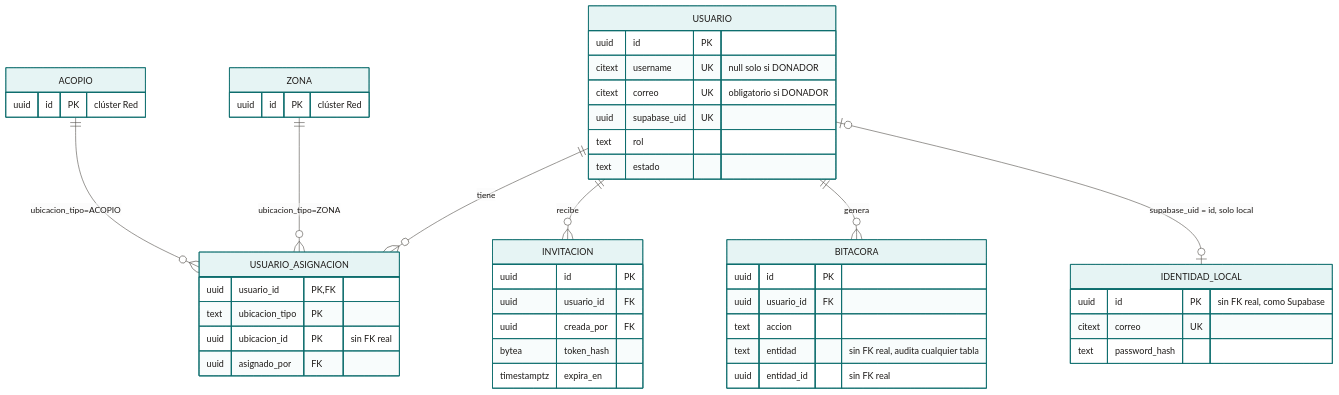
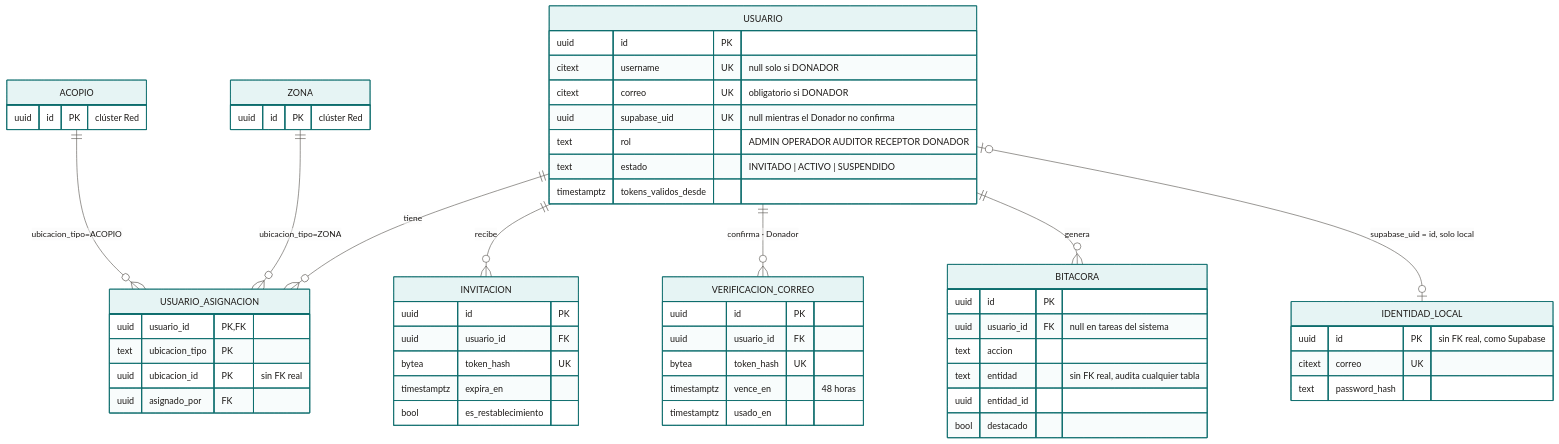
Before and after one commit to Proyecto-IngSoftware/acopio: the diagram in docs/02-arquitectura/diagramas/mmd/er-07-identidad.mmd, drawn with Mermaid. The commit also changed 62 other files, not shown here.

```diff
--- a/docs/02-arquitectura/diagramas/mmd/er-07-identidad.mmd
+++ b/docs/02-arquitectura/diagramas/mmd/er-07-identidad.mmd
@@ -1,48 +1,58 @@
 %%{init: {"theme":"base","themeVariables":{"fontFamily":"Inter, Segoe UI, Arial, sans-serif","fontSize":"15px","primaryColor":"#E6F4F4","primaryTextColor":"#1C1917","primaryBorderColor":"#0F6E6E","secondaryColor":"#C7E8E8","tertiaryColor":"#FAFAF9","lineColor":"#57534E","textColor":"#1C1917","mainBkg":"#E6F4F4","nodeBorder":"#0F6E6E","clusterBkg":"#F5F5F4","clusterBorder":"#A8A29E","edgeLabelBackground":"#FFFFFF","attributeBackgroundColorOdd":"#FFFFFF","attributeBackgroundColorEven":"#F5F5F4"},"er":{"useMaxWidth":false},"flowchart":{"useMaxWidth":false,"htmlLabels":true,"curve":"basis"}}}%%
 erDiagram
     USUARIO ||--o{ USUARIO_ASIGNACION : tiene
     ACOPIO  ||--o{ USUARIO_ASIGNACION : "ubicacion_tipo=ACOPIO"
     ZONA    ||--o{ USUARIO_ASIGNACION : "ubicacion_tipo=ZONA"
     USUARIO ||--o{ INVITACION : recibe
+    USUARIO ||--o{ VERIFICACION_CORREO : "confirma · Donador"
     USUARIO ||--o{ BITACORA : genera
     USUARIO |o--o| IDENTIDAD_LOCAL : "supabase_uid = id, solo local"
 
     ACOPIO {
         uuid id PK "clúster Red"
     }
     ZONA {
         uuid id PK "clúster Red"
     }
     USUARIO {
         uuid id PK
         citext username UK "null solo si DONADOR"
         citext correo UK "obligatorio si DONADOR"
-        uuid supabase_uid UK
-        text rol
-        text estado
+        uuid supabase_uid UK "null mientras el Donador no confirma"
+        text rol "ADMIN OPERADOR AUDITOR RECEPTOR DONADOR"
+        text estado "INVITADO | ACTIVO | SUSPENDIDO"
+        timestamptz tokens_validos_desde
     }
     USUARIO_ASIGNACION {
         uuid usuario_id PK,FK
         text ubicacion_tipo PK
         uuid ubicacion_id PK "sin FK real"
         uuid asignado_por FK
     }
     INVITACION {
         uuid id PK
         uuid usuario_id FK
-        uuid creada_por FK
-        bytea token_hash
+        bytea token_hash UK
         timestamptz expira_en
+        bool es_restablecimiento
+    }
+    VERIFICACION_CORREO {
+        uuid id PK
+        uuid usuario_id FK
+        bytea token_hash UK
+        timestamptz vence_en "48 horas"
+        timestamptz usado_en
     }
     BITACORA {
         uuid id PK
-        uuid usuario_id FK
+        uuid usuario_id FK "null en tareas del sistema"
         text accion
         text entidad "sin FK real, audita cualquier tabla"
-        uuid entidad_id "sin FK real"
+        uuid entidad_id
+        bool destacado
     }
     IDENTIDAD_LOCAL {
         uuid id PK "sin FK real, como Supabase"
         citext correo UK
         text password_hash
     }
```
